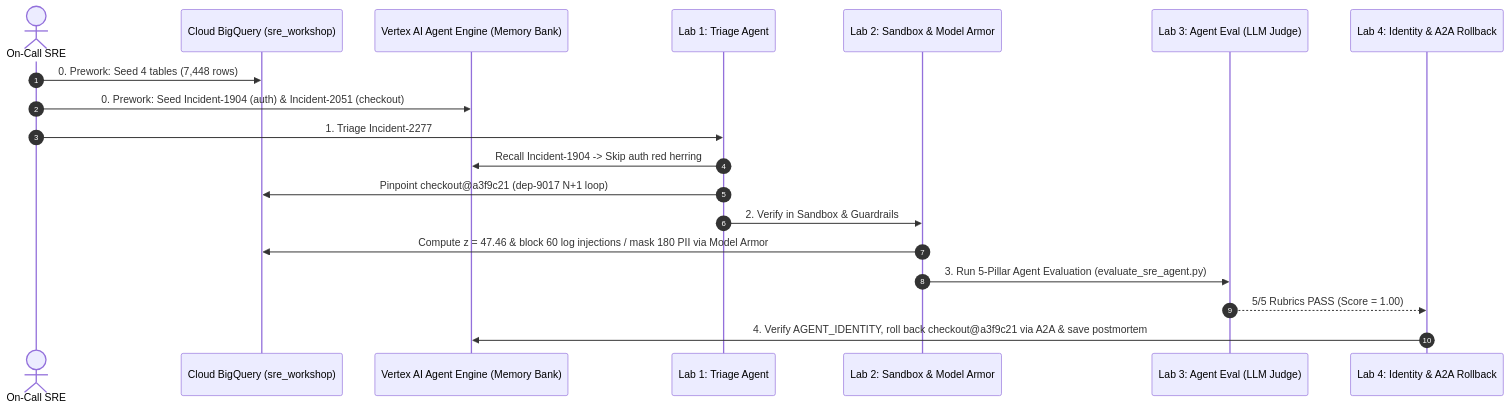
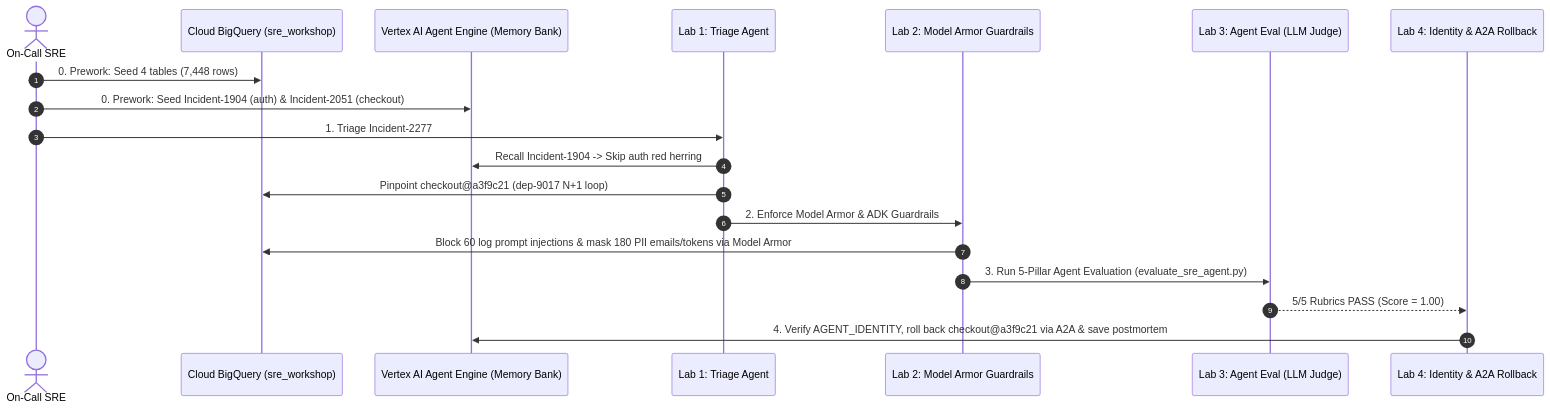
The second of 2 diagrams in ARCHITECTURE.md (kanchpat/sre-agent), drawn with Mermaid before and after one commit. The commit also changed other lines of this file and 13 other files, not shown here.

Commit message:
Remove Sandbox from Lab 2 and clarify Model Armor Input -> Verdict -> Output

````diff
--- a/ARCHITECTURE.md
+++ b/ARCHITECTURE.md
@@ -21,22 +21,22 @@
 ```mermaid
 sequenceDiagram
     autonumber
     actor SRE as On-Call SRE
     participant BQ as Cloud BigQuery (sre_workshop)
     participant Mem as Vertex AI Agent Engine (Memory Bank)
     participant L1 as Lab 1: Triage Agent
-    participant L2 as Lab 2: Sandbox & Model Armor
+    participant L2 as Lab 2: Model Armor Guardrails
     participant L3 as Lab 3: Agent Eval (LLM Judge)
     participant L4 as Lab 4: Identity & A2A Rollback
 
     SRE->>BQ: 0. Prework: Seed 4 tables (7,448 rows)
     SRE->>Mem: 0. Prework: Seed Incident-1904 (auth) & Incident-2051 (checkout)
     SRE->>L1: 1. Triage Incident-2277
     L1->>Mem: Recall Incident-1904 -> Skip auth red herring
     L1->>BQ: Pinpoint checkout@a3f9c21 (dep-9017 N+1 loop)
-    L1->>L2: 2. Verify in Sandbox & Guardrails
-    L2->>BQ: Compute z = 47.46 & block 60 log injections / mask 180 PII via Model Armor
+    L1->>L2: 2. Enforce Model Armor & ADK Guardrails
+    L2->>BQ: Block 60 log prompt injections & mask 180 PII emails/tokens via Model Armor
     L2->>L3: 3. Run 5-Pillar Agent Evaluation (evaluate_sre_agent.py)
     L3-->>L4: 5/5 Rubrics PASS (Score = 1.00)
     L4->>Mem: 4. Verify AGENT_IDENTITY, roll back checkout@a3f9c21 via A2A & save postmortem
 ```
````
